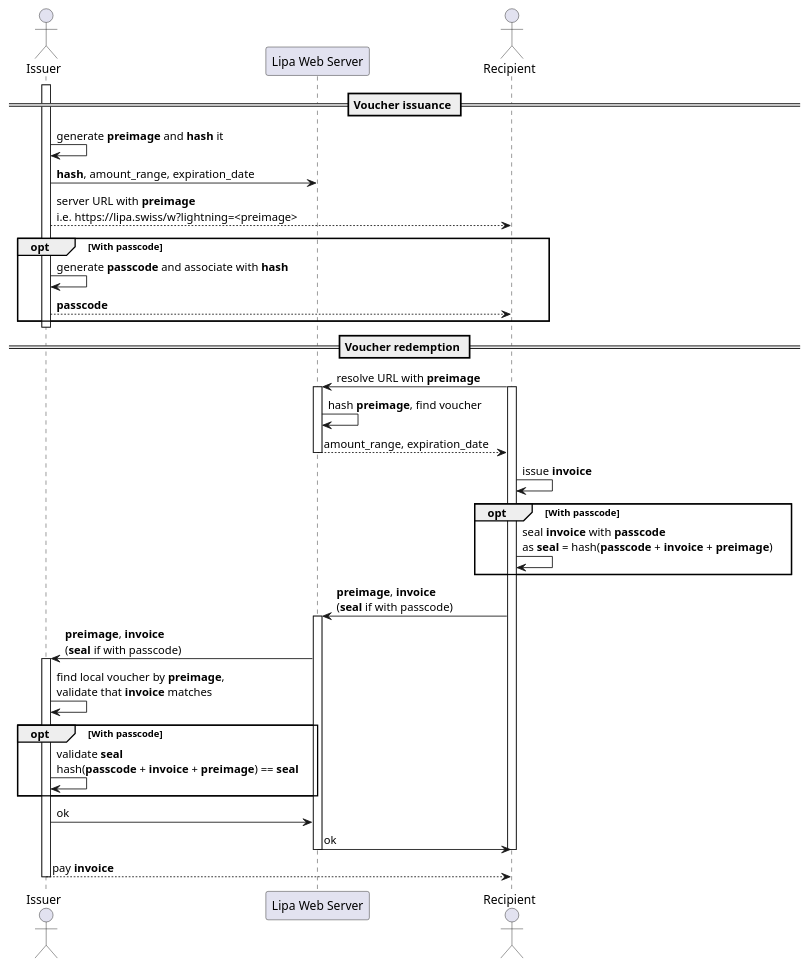
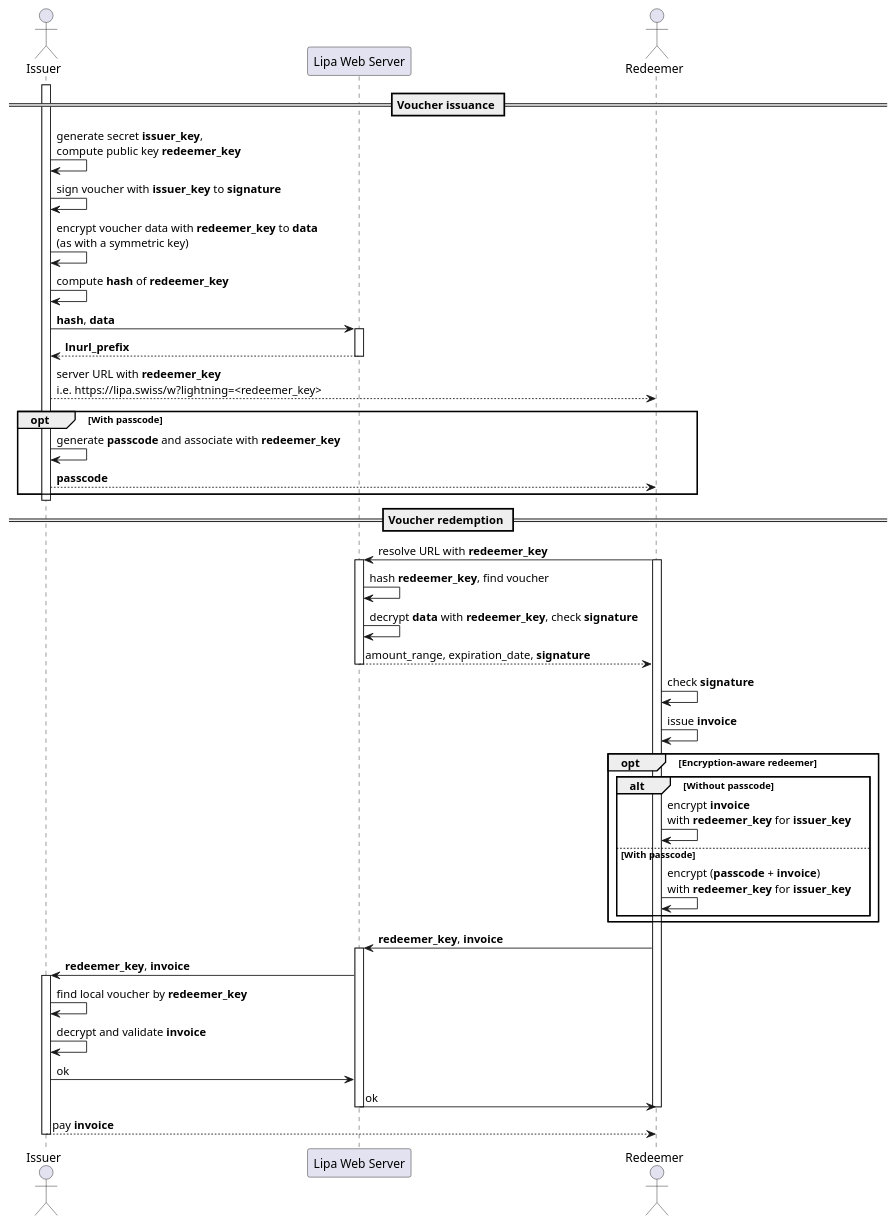
Before and after one commit to getlipa/lipa-lightning-lib: the diagram in docs/lightning_voucher.org, drawn with PlantUML. The commit also changed other lines of this file and 1 other file, not shown here.

Commit message:
Update the doc with encryption scheme

```diff
--- a/docs/lightning_voucher.org
+++ b/docs/lightning_voucher.org
@@ -90,44 +99,53 @@
 #+begin_src plantuml
 @startuml
 actor Issuer as issuer
 participant "Lipa Web Server" as server
-actor Recipient as recipient
+actor Redeemer as redeemer
 
 == Voucher issuance ==
 
 activate issuer
-issuer -> issuer: generate **preimage** and **hash** it
-issuer -> server: **hash**, amount_range, expiration_date
+issuer -> issuer: generate secret **issuer_key**,\ncompute public key **redeemer_key**
+issuer -> issuer: sign voucher with **issuer_key** to **signature**
+issuer -> issuer: encrypt voucher data with **redeemer_key** to **data**\n(as with a symmetric key)
+issuer -> issuer: compute **hash** of **redeemer_key**
+issuer -> server ++: **hash**, **data**
+return **lnurl_prefix**
 
-issuer --> recipient: server URL with **preimage**\ni.e. https://lipa.swiss/w?lightning=<preimage>
+issuer --> redeemer: server URL with **redeemer_key**\ni.e. https://lipa.swiss/w?lightning=<redeemer_key>
 
 opt With passcode
-	issuer -> issuer: generate **passcode** and associate with **hash**
-	issuer --> recipient: **passcode**
+    issuer -> issuer: generate **passcode** and associate with **redeemer_key**
+    issuer --> redeemer: **passcode**
 end
 deactivate issuer	
 
 == Voucher redemption ==
 
-recipient -> server ++: resolve URL with **preimage**
-activate recipient
-server -> server: hash **preimage**, find voucher
-return amount_range, expiration_date
-	
-recipient -> recipient: issue **invoice**
-opt With passcode
-	recipient -> recipient: seal **invoice** with **passcode**\nas **seal** = hash(**passcode** + **invoice** + **preimage**)
+redeemer -> server ++: resolve URL with **redeemer_key**
+activate redeemer
+server -> server: hash **redeemer_key**, find voucher
+server -> server: decrypt **data** with **redeemer_key**, check **signature**
+return amount_range, expiration_date, **signature**
+
+redeemer -> redeemer: check **signature**
+redeemer -> redeemer: issue **invoice**
+opt Encryption-aware redeemer
+    alt Without passcode
+        redeemer -> redeemer: encrypt **invoice**\nwith **redeemer_key** for **issuer_key**
+    else With passcode
+        redeemer -> redeemer: encrypt (**passcode** + **invoice**)\nwith **redeemer_key** for **issuer_key**
+    end
 end
 
-recipient -> server ++: **preimage**, **invoice**\n(**seal** if with passcode)
-server -> issuer ++: **preimage**, **invoice**\n(**seal** if with passcode)
-issuer -> issuer: find local voucher by **preimage**,\nvalidate that **invoice** matches
-opt With passcode
-	issuer -> issuer: validate **seal**\nhash(**passcode** + **invoice** + **preimage**) == **seal**
-end
+redeemer -> server ++: **redeemer_key**, **invoice**
+server -> issuer ++: **redeemer_key**, **invoice**
+issuer -> issuer: find local voucher by **redeemer_key**
+issuer -> issuer: decrypt and validate **invoice**
 issuer -> server: ok
-server -> recipient --: ok				
-deactivate recipient
-issuer --> recipient --: pay **invoice**
+server -> redeemer --: ok				
+deactivate redeemer
+
+issuer --> redeemer --: pay **invoice**
 @enduml
 #+end_src
```
